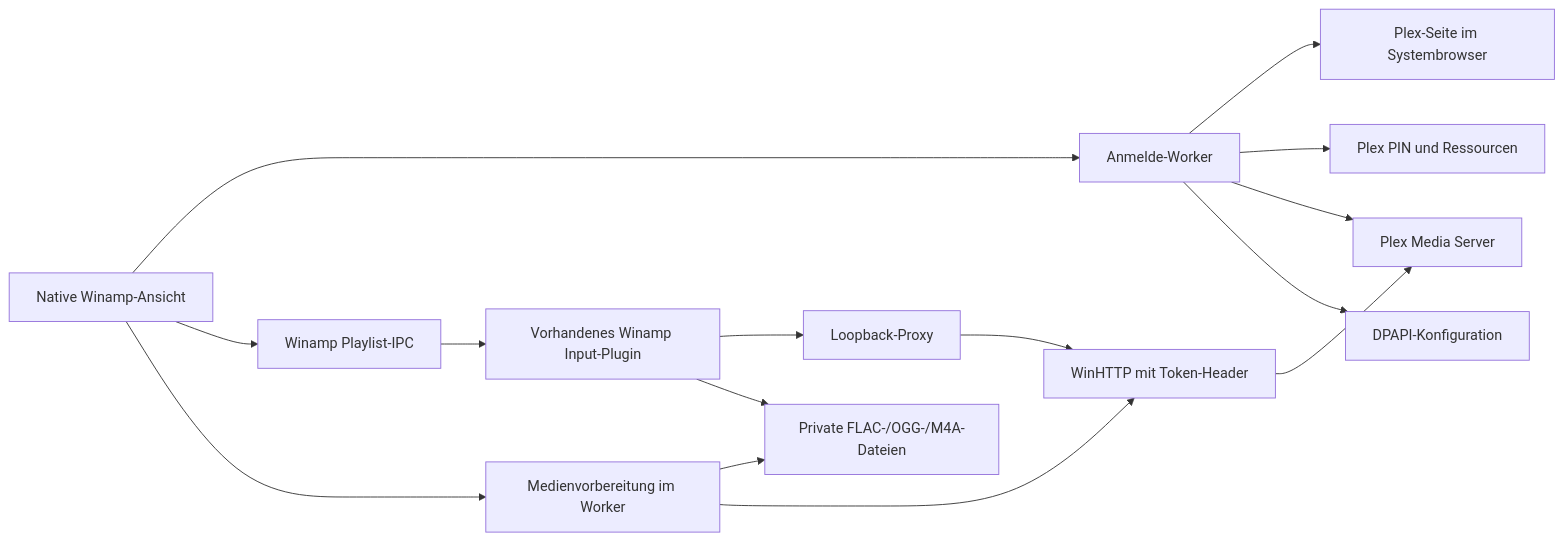
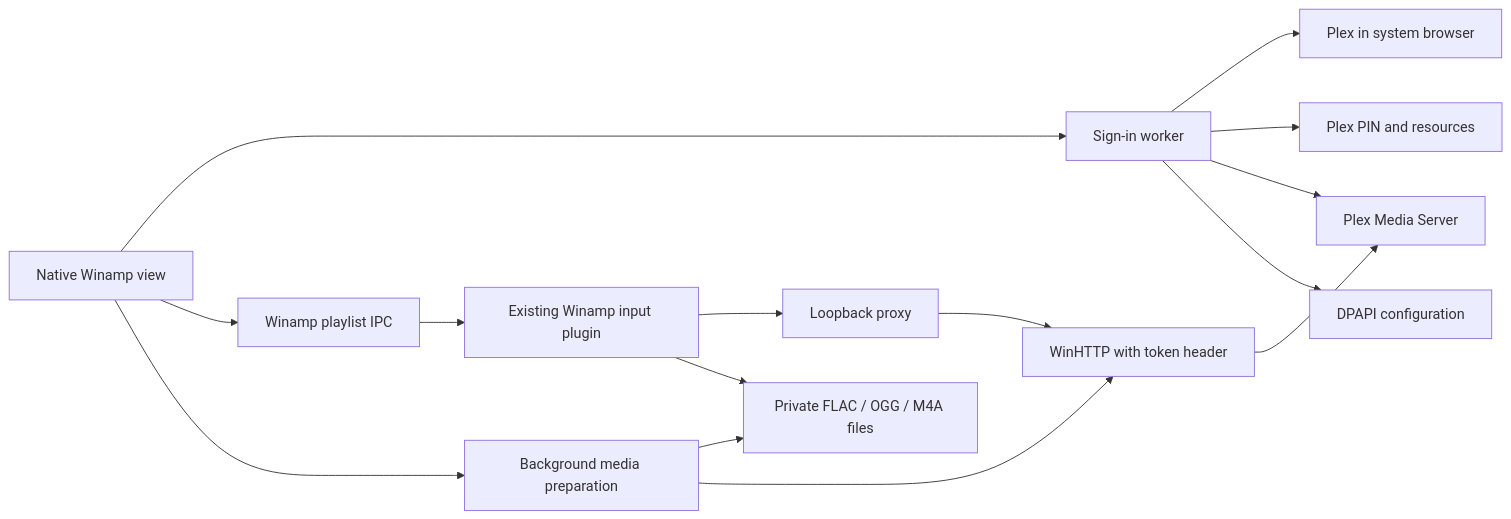
Before and after one commit to Eitschman/winamp-plex-library: the diagram in docs/architecture.md, drawn with Mermaid. The commit also changed other lines of this file and 15 other files, not shown here.

````diff
--- a/docs/architecture.md
+++ b/docs/architecture.md
@@ -49,17 +61,17 @@
 ```mermaid
 flowchart LR
-    UI[Native Winamp-Ansicht] --> Auth[Anmelde-Worker]
-    Auth --> Browser[Plex-Seite im Systembrowser]
-    Auth --> Plex[Plex PIN und Ressourcen]
+    UI[Native Winamp view] --> Auth[Sign-in worker]
+    Auth --> Browser[Plex in system browser]
+    Auth --> Plex[Plex PIN and resources]
     Auth --> PMS[Plex Media Server]
-    Auth --> Config[DPAPI-Konfiguration]
-    UI --> IPC[Winamp Playlist-IPC]
-    IPC --> Decoder[Vorhandenes Winamp Input-Plugin]
-    Decoder --> Proxy[Loopback-Proxy]
-    UI --> Prepare[Medienvorbereitung im Worker]
-    Prepare --> Files[Private FLAC-/OGG-/M4A-Dateien]
+    Auth --> Config[DPAPI configuration]
+    UI --> IPC[Winamp playlist IPC]
+    IPC --> Decoder[Existing Winamp input plugin]
+    Decoder --> Proxy[Loopback proxy]
+    UI --> Prepare[Background media preparation]
+    Prepare --> Files[Private FLAC / OGG / M4A files]
     Decoder --> Files
     Prepare --> HTTP
-    Proxy --> HTTP[WinHTTP mit Token-Header]
+    Proxy --> HTTP[WinHTTP with token header]
     HTTP --> PMS
 ```
````
